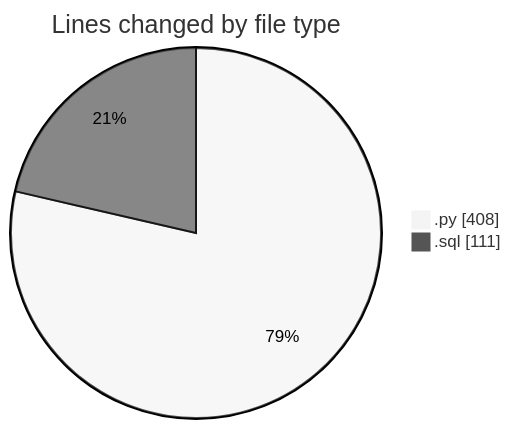
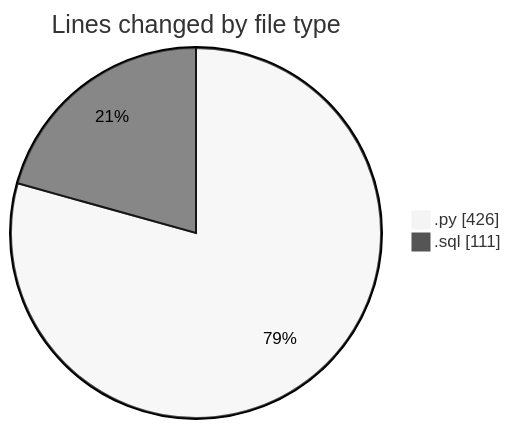
One commit to trdunsworth/code-tracking changed the first of 2 diagrams in 2025-04-22/synth_911data_gen/README.md. Above: the diagram before and after it, drawn with Mermaid (neutral theme). The commit also changed other lines of this file and 1 other file, not shown here.

````diff
--- a/2025-04-22/synth_911data_gen/README.md
+++ b/2025-04-22/synth_911data_gen/README.md
@@ -21,6 +21,6 @@
 ```mermaid
 pie showData
 title Lines changed by file type
-".py" : 408
+".py" : 426
 ".sql" : 111
 ```
````
